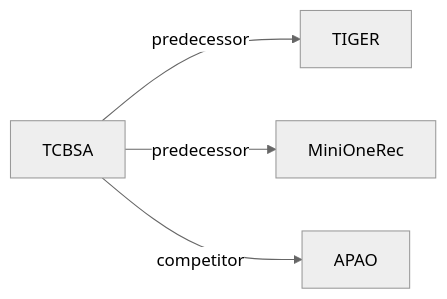
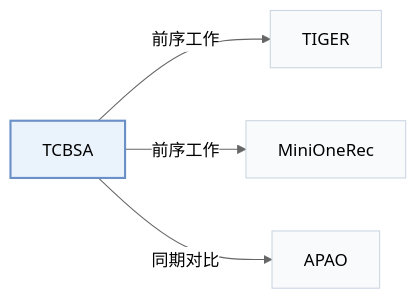
Before and after one commit to Galaxy-ghost/Awesome-SID-Generative-Rec: the second of 2 diagrams in pages/zh/papers/tcbsa.md, drawn with Mermaid (neutral theme). The commit also changed other lines of this file and 649 other files, not shown here.

Commit message:
writer-05: also tags and modality index (schema, check, build, visuals); summary field removed; calibration data for 12 papers

````diff
--- a/pages/zh/papers/tcbsa.md
+++ b/pages/zh/papers/tcbsa.md
@@ -69,7 +74,11 @@
 ```mermaid
 flowchart LR
     P["TCBSA"]
-    P -->|predecessor| A["TIGER"]
-    P -->|predecessor| B["MiniOneRec"]
-    P -->|competitor| C["APAO"]
+    P -->|"前序工作"| A["TIGER"]
+    P -->|"前序工作"| B["MiniOneRec"]
+    P -->|"同期对比"| C["APAO"]
+    classDef main fill:#eaf2fb,stroke:#6b8fc7,stroke-width:2px
+    classDef peer fill:#f8fafc,stroke:#cbd5e1
+    class P main
+    class A,B,C peer
 ```
````
